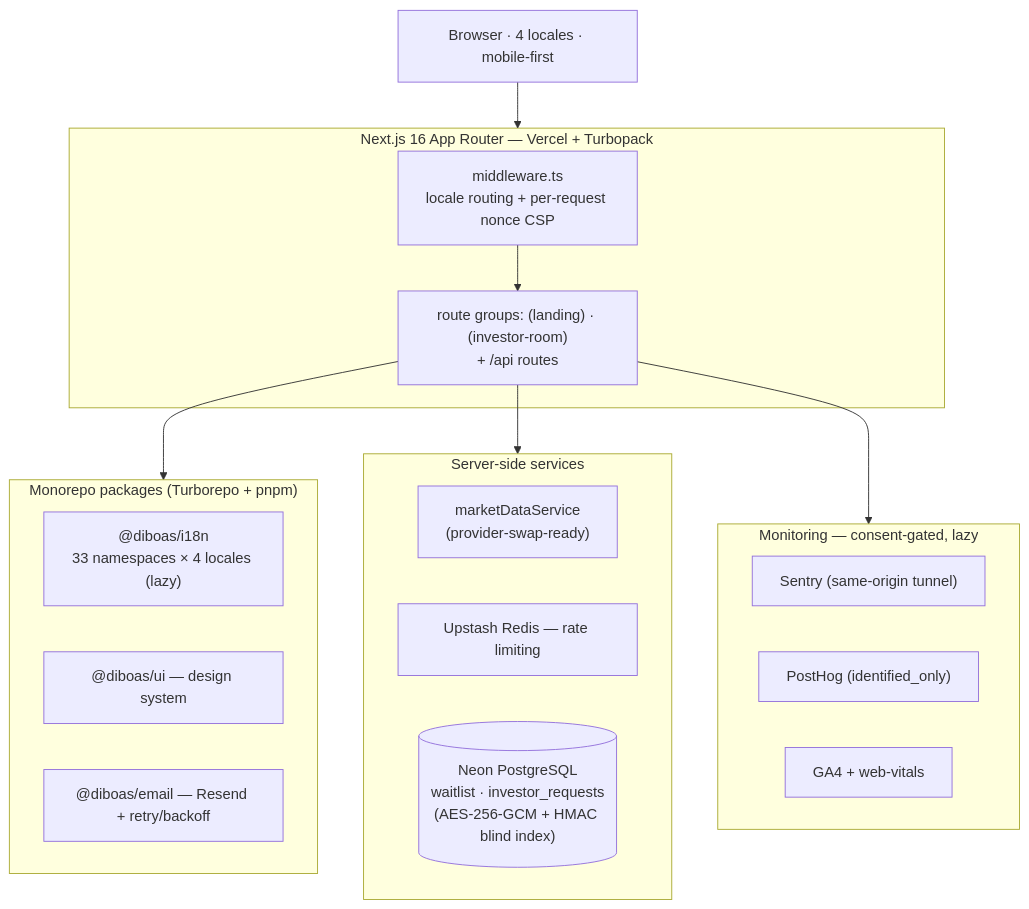
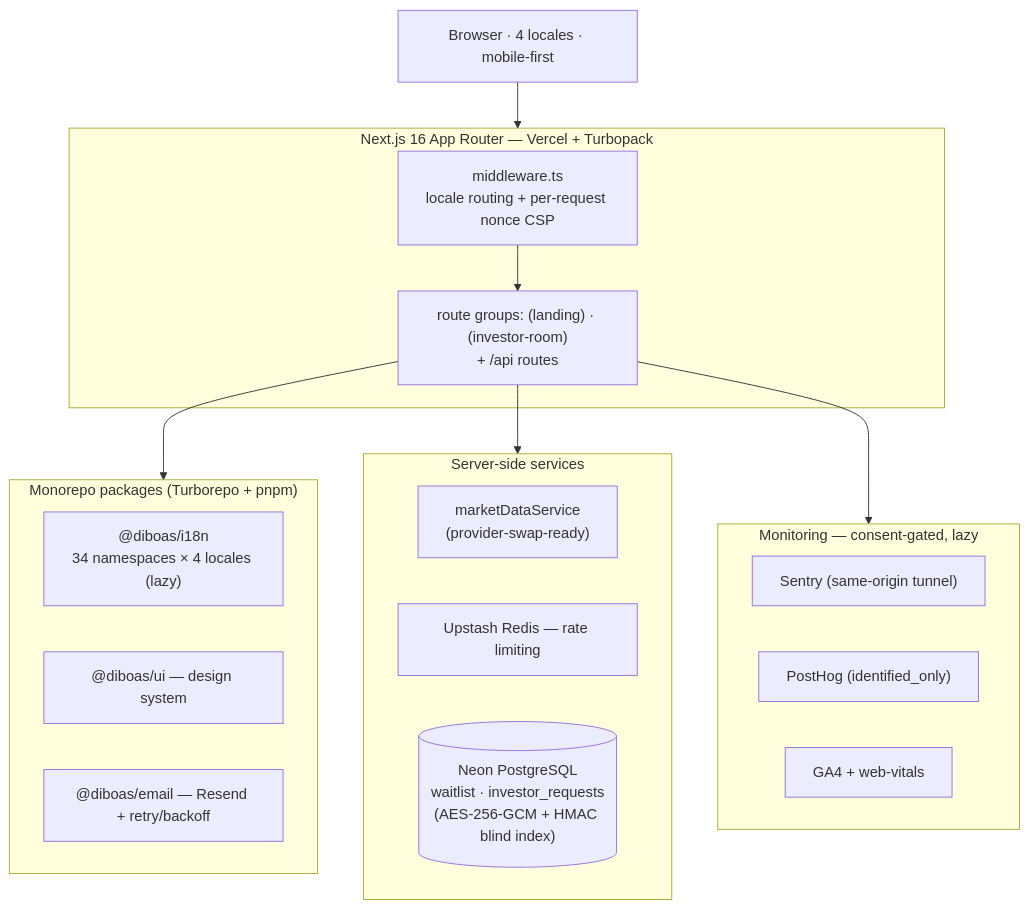
The diagram in README.md (bribeirobr25/diboas-platform), drawn with Mermaid before and after one commit. The commit also changed other lines of this file and 10 other files, not shown here.

````diff
--- a/README.md
+++ b/README.md
@@ -31,32 +31,32 @@
 ```mermaid
 flowchart TD
   Client["Browser · 4 locales · mobile-first"] --> Edge
 
   subgraph Edge["Next.js 16 App Router — Vercel + Turbopack"]
     MW["middleware.ts<br/>locale routing + per-request nonce CSP"]
     Pages["route groups: (landing) · (investor-room)<br/>+ /api routes"]
     MW --> Pages
   end
 
   subgraph Packages["Monorepo packages (Turborepo + pnpm)"]
-    I18N["@diboas/i18n<br/>33 namespaces × 4 locales (lazy)"]
+    I18N["@diboas/i18n<br/>34 namespaces × 4 locales (lazy)"]
     UI["@diboas/ui — design system"]
     EMAIL["@diboas/email — Resend + retry/backoff"]
   end
 
   subgraph Services["Server-side services"]
     MD["marketDataService<br/>(provider-swap-ready)"]
     RL["Upstash Redis — rate limiting"]
     DB[("Neon PostgreSQL<br/>waitlist · investor_requests<br/>(AES-256-GCM + HMAC blind index)")]
   end
 
   subgraph Obs["Monitoring — consent-gated, lazy"]
     SENTRY["Sentry (same-origin tunnel)"]
     PH["PostHog (identified_only)"]
     GA["GA4 + web-vitals"]
   end
 
   Pages --> Packages
   Pages --> Services
   Pages --> Obs
 ```
````
